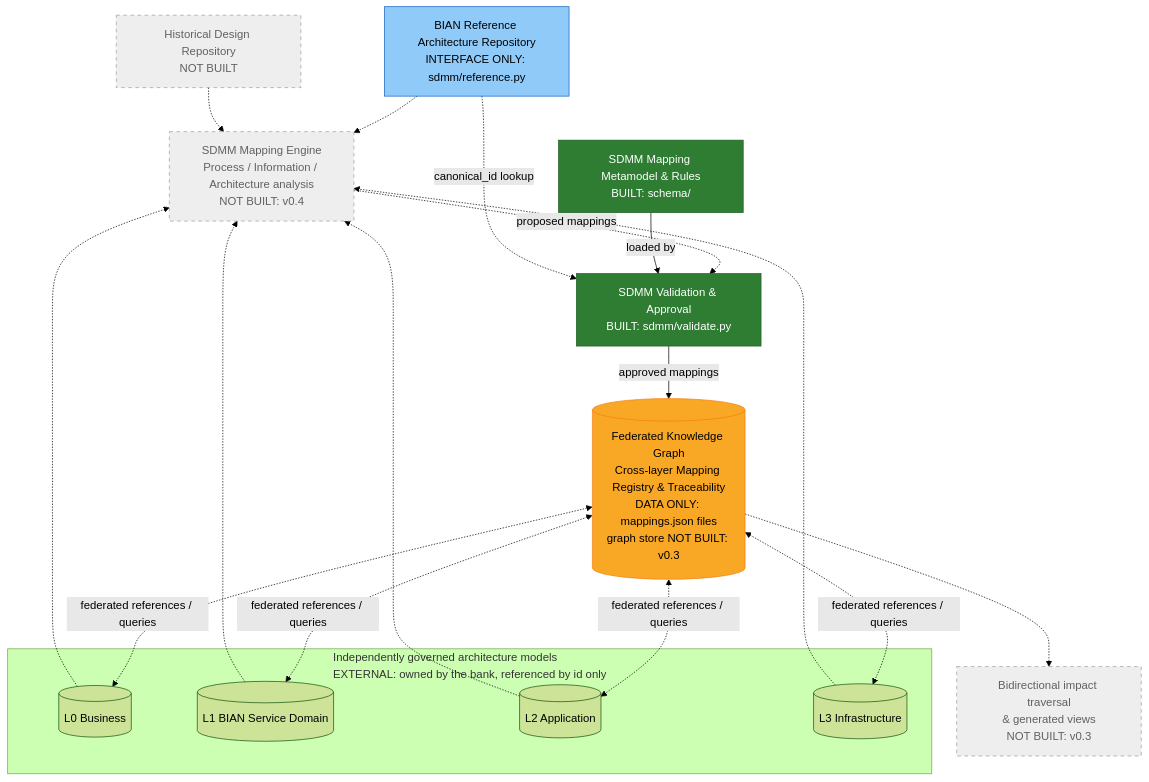
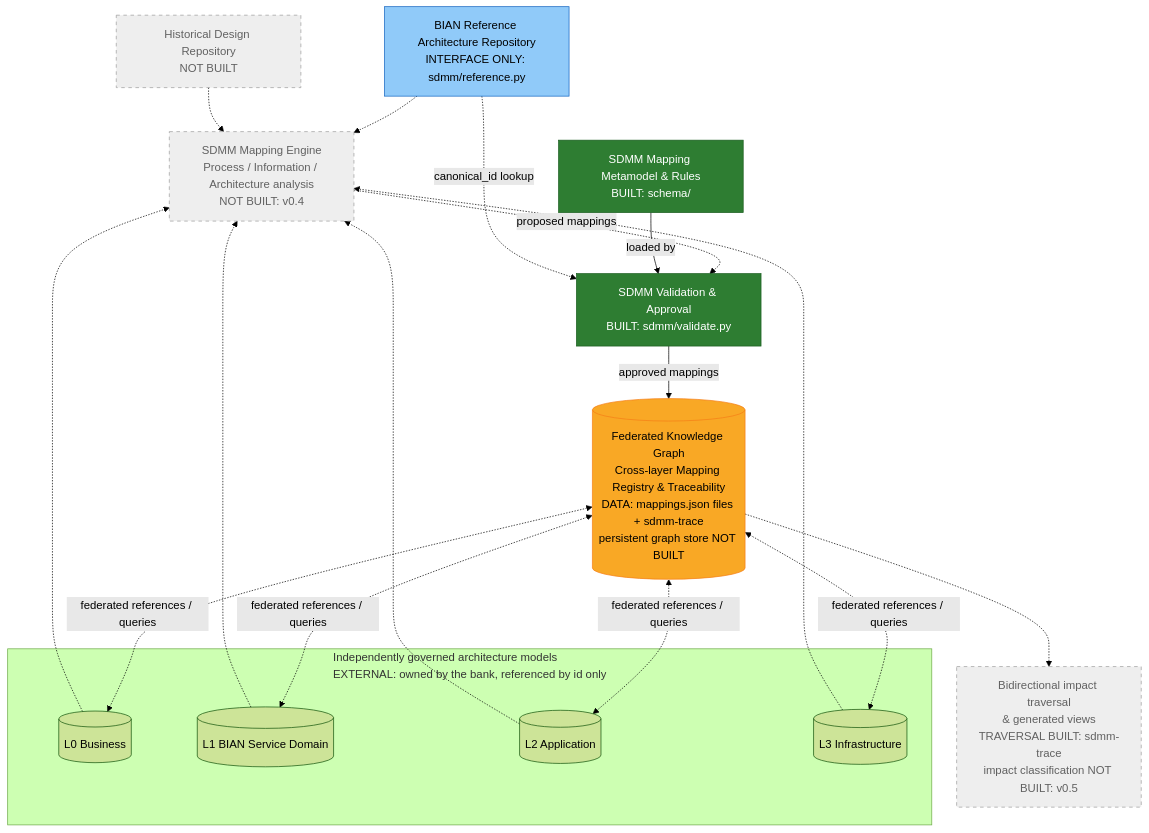
One commit to taumoeps/bian-sdem-framework changed the sixth of 6 diagrams in README.md. Above: the diagram before and after it, drawn with Mermaid (forest theme). The commit also changed other lines of this file and 7 other files, not shown here.

First line of the commit message:
v0.3.0: sdmm-trace, traceability over approved mappings

````diff
--- a/README.md
+++ b/README.md
@@ -323,41 +324,41 @@
 ```mermaid
 flowchart TB
     REF["BIAN Reference Architecture Repository<br/>INTERFACE ONLY: sdmm/reference.py"]
     HIST["Historical Design Repository<br/>NOT BUILT"]
     RULES["SDMM Mapping Metamodel & Rules<br/>BUILT: schema/"]
     ENGINE["SDMM Mapping Engine<br/>Process / Information / Architecture analysis<br/>NOT BUILT: v0.4"]
     VALID["SDMM Validation & Approval<br/>BUILT: sdmm/validate.py"]
-    FED[("Federated Knowledge Graph<br/>Cross-layer Mapping Registry & Traceability<br/>DATA ONLY: mappings.json files<br/>graph store NOT BUILT: v0.3")]
-    IMPACT["Bidirectional impact traversal<br/>& generated views<br/>NOT BUILT: v0.3"]
+    FED[("Federated Knowledge Graph<br/>Cross-layer Mapping Registry & Traceability<br/>DATA: mappings.json files + sdmm-trace<br/>persistent graph store NOT BUILT")]
+    IMPACT["Bidirectional impact traversal<br/>& generated views<br/>TRAVERSAL BUILT: sdmm-trace<br/>impact classification NOT BUILT: v0.5"]
 
     subgraph LEVELS["Independently governed architecture models<br/>EXTERNAL: owned by the bank, referenced by id only"]
       L0[(L0 Business)]
       L1[(L1 BIAN Service Domain)]
       L2[(L2 Application)]
       L3[(L3 Infrastructure)]
     end
 
     L0 -.-> ENGINE
     L1 -.-> ENGINE
     L2 -.-> ENGINE
     L3 -.-> ENGINE
     REF -.-> ENGINE
     HIST -.-> ENGINE
     ENGINE -.->|proposed mappings| VALID
     RULES -->|loaded by| VALID
     REF -.->|canonical_id lookup| VALID
     VALID -->|approved mappings| FED
     FED <-.->|federated references / queries| L0
     FED <-.->|federated references / queries| L1
     FED <-.->|federated references / queries| L2
     FED <-.->|federated references / queries| L3
     FED -.-> IMPACT
 
     style RULES fill:#2e7d32,color:#fff,stroke:#1b5e20
     style VALID fill:#2e7d32,color:#fff,stroke:#1b5e20
     style FED fill:#f9a825,color:#000,stroke:#f57f17
     style REF fill:#90caf9,color:#000,stroke:#1565c0
     style ENGINE fill:#eeeeee,color:#616161,stroke:#9e9e9e,stroke-dasharray: 5 5
     style HIST fill:#eeeeee,color:#616161,stroke:#9e9e9e,stroke-dasharray: 5 5
     style IMPACT fill:#eeeeee,color:#616161,stroke:#9e9e9e,stroke-dasharray: 5 5
 ```
````
